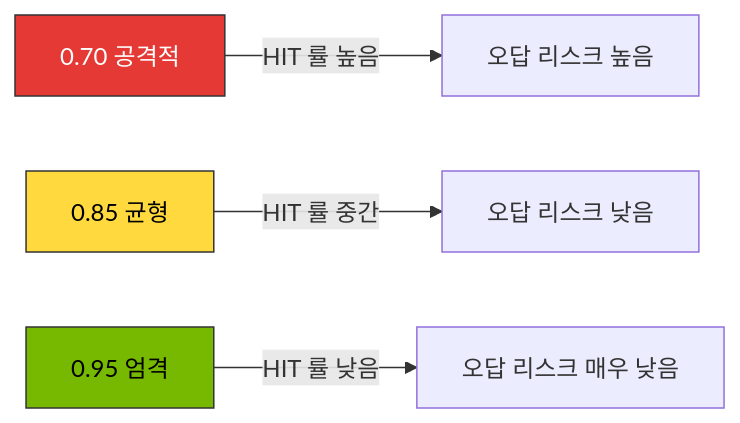
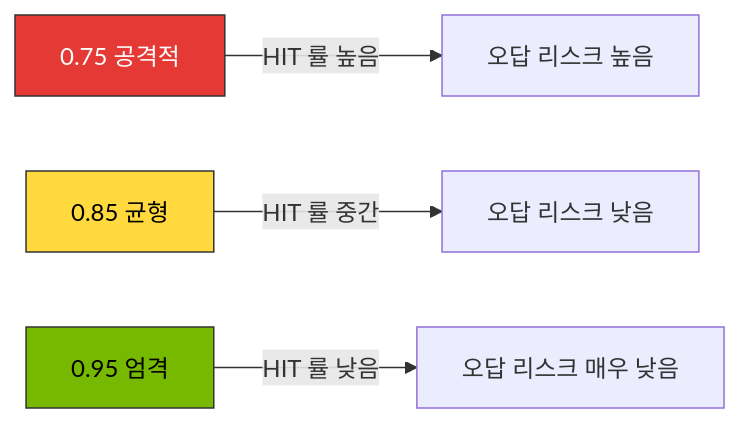
One commit to devfloor9/engineering-playbook changed the second of 2 diagrams in i18n/ko/docusaurus-plugin-content-docs/current/agentic-ai-platform/model-serving/inference-optimization/semantic-caching-strategy.md. Above: the diagram before and after it, drawn with Mermaid. The commit also changed other lines of this file and 1 other file, not shown here.

Commit message:
docs(model-serving): #117 semantic caching 공격적 임계값 다이어그램 0.70→0.75 (KO/EN)
semantic-caching-strategy.md의 임계값 비교 다이어그램 라벨이 0.70 공격적으로 남아 있어
같은 문서의 표 1·표 3(공격적 = 0.75, 0.70 이하 = 거의 사용 안 함)과 어긋났습니다.
KO 정본과 EN 모두 라벨을 0.75로 맞춰 문서 내부 수치를 일치시켰습니다.

Part of #117

````diff
--- a/i18n/ko/docusaurus-plugin-content-docs/current/agentic-ai-platform/model-serving/inference-optimization/semantic-caching-strategy.md
+++ b/i18n/ko/docusaurus-plugin-content-docs/current/agentic-ai-platform/model-serving/inference-optimization/semantic-caching-strategy.md
@@ -121,10 +121,10 @@
 ```mermaid
 graph LR
-    A[0.70 공격적] -->|HIT 률 높음| B[오답 리스크 높음]
+    A[0.75 공격적] -->|HIT 률 높음| B[오답 리스크 높음]
     C[0.85 균형] -->|HIT 률 중간| D[오답 리스크 낮음]
     E[0.95 엄격] -->|HIT 률 낮음| F[오답 리스크 매우 낮음]
 
     style A fill:#e53935,stroke:#333,color:#fff
     style C fill:#ffd93d,stroke:#333,color:#000
     style E fill:#76b900,stroke:#333,color:#000
 ```
````
